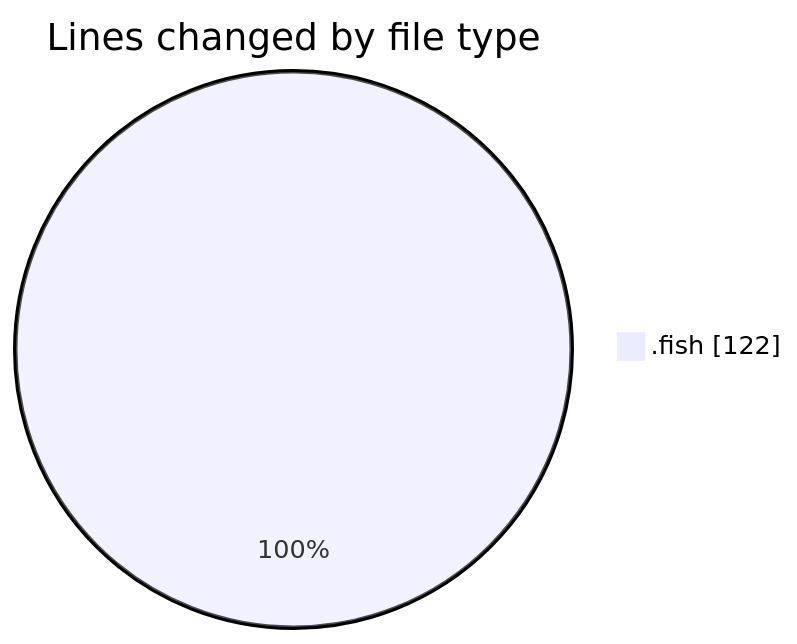
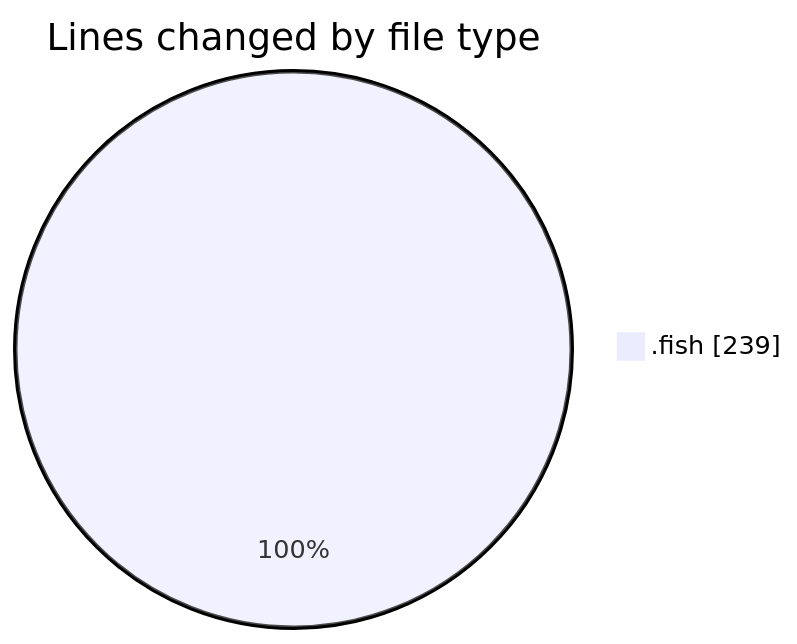
One commit to EIIisD/code-tracking changed the first of 2 diagrams in 2025-08-27/fish/README.md. Above: the diagram before and after it, drawn with Mermaid. The commit also changed other lines of this file and 1 other file, not shown here.

````diff
--- a/2025-08-27/fish/README.md
+++ b/2025-08-27/fish/README.md
@@ -20,5 +20,5 @@
 ```mermaid
 pie showData
 title Lines changed by file type
-".fish" : 122
+".fish" : 239
 ```
````
